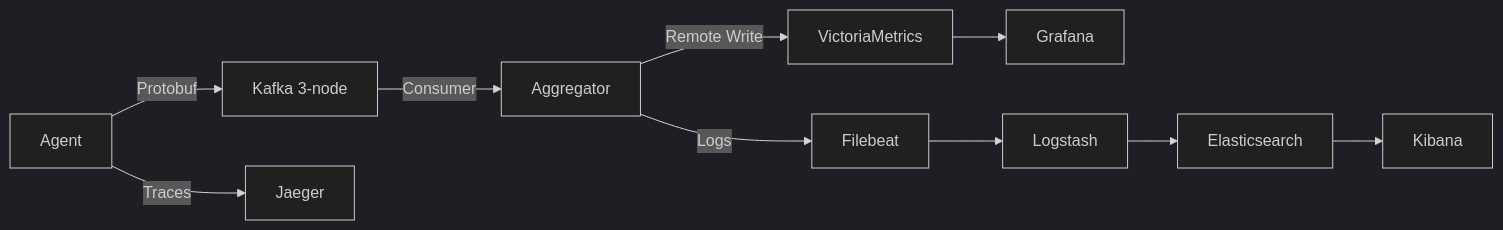
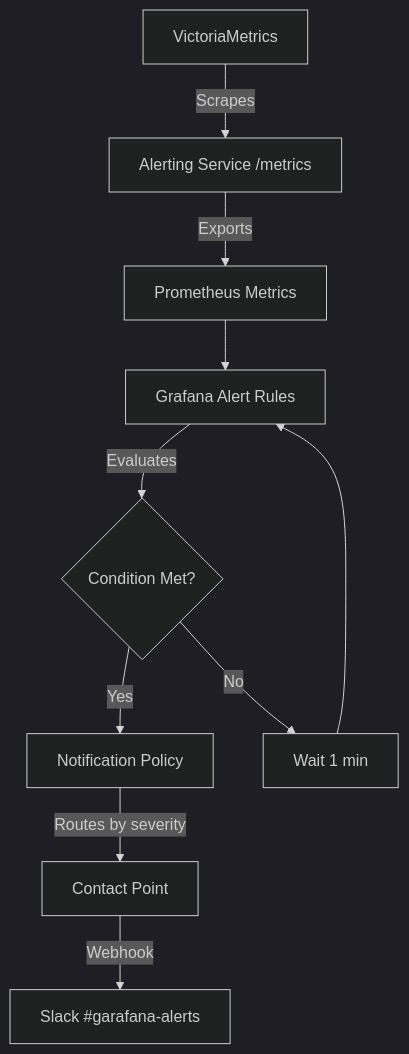
Before and after one commit to 0xAxPx/gomon: the diagram in README.md, drawn with Mermaid (dark theme). The commit also changed other lines of this file, not shown here.

````diff
--- a/README.md
+++ b/README.md
@@ -34,12 +39,12 @@
 ```mermaid
-graph LR
-    A[Agent] -->|Protobuf| K[Kafka 3-node]
-    K -->|Consumer| AG[Aggregator]
-    AG -->|Remote Write| VM[VictoriaMetrics]
-    VM --> G[Grafana]
-    AG -->|Logs| FB[Filebeat]
-    FB --> LS[Logstash]
-    LS --> ES[Elasticsearch]
-    ES --> KB[Kibana]
-    A -->|Traces| J[Jaeger]
+graph TB
+    A[VictoriaMetrics] -->|Scrapes| AS[Alerting Service /metrics]
+    AS -->|Exports| M[Prometheus Metrics]
+    M --> G[Grafana Alert Rules]
+    G -->|Evaluates| C{Condition Met?}
+    C -->|Yes| NP[Notification Policy]
+    NP -->|Routes by severity| CP[Contact Point]
+    CP -->|Webhook| S[Slack #garafana-alerts]
+    C -->|No| W[Wait 1 min]
+    W --> G
 ```
````
